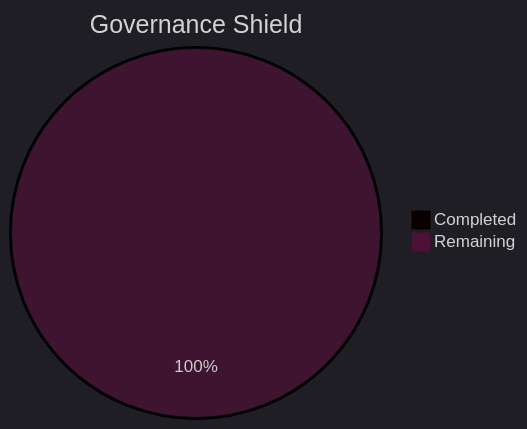
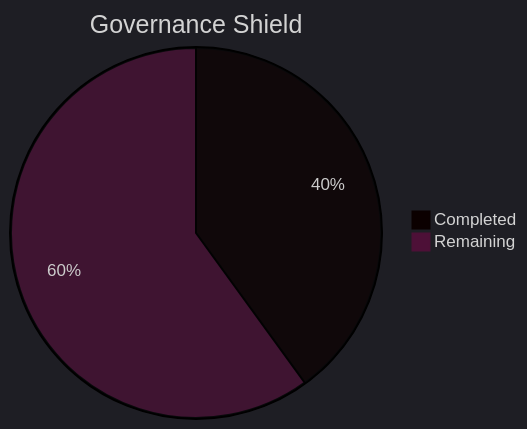
One commit to Neogleamz/SK8Lytz changed the fourth of 5 diagrams in tools/SK8Lytz_Bucket_List.md. Above: the diagram before and after it, drawn with Mermaid. The commit also changed other lines of this file, not shown here.

````diff
--- a/tools/SK8Lytz_Bucket_List.md
+++ b/tools/SK8Lytz_Bucket_List.md
@@ -65,6 +65,6 @@
 ```mermaid
 %%{init: {'theme': 'dark'}}%%
 pie title Governance Shield
-  "Completed" : 0
+  "Completed" : 2
   "Remaining" : 3
 ```
````
